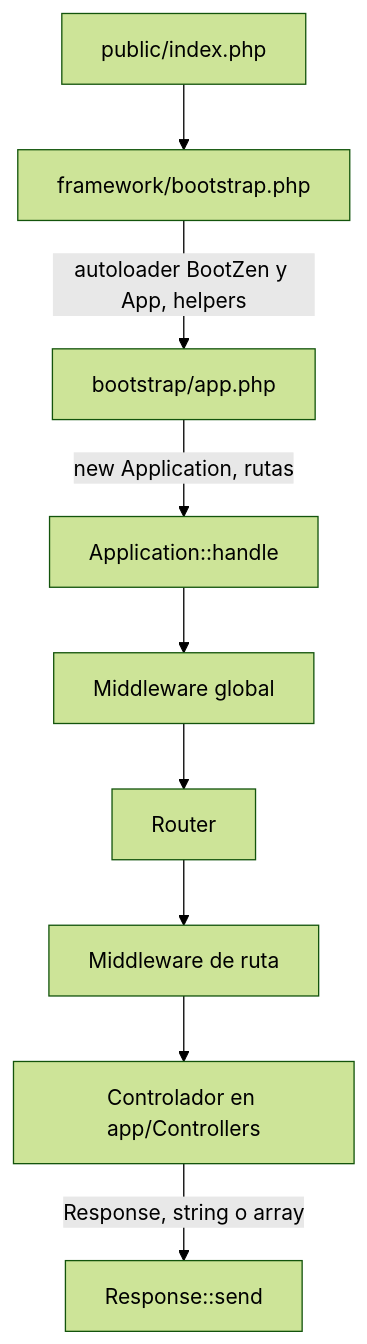
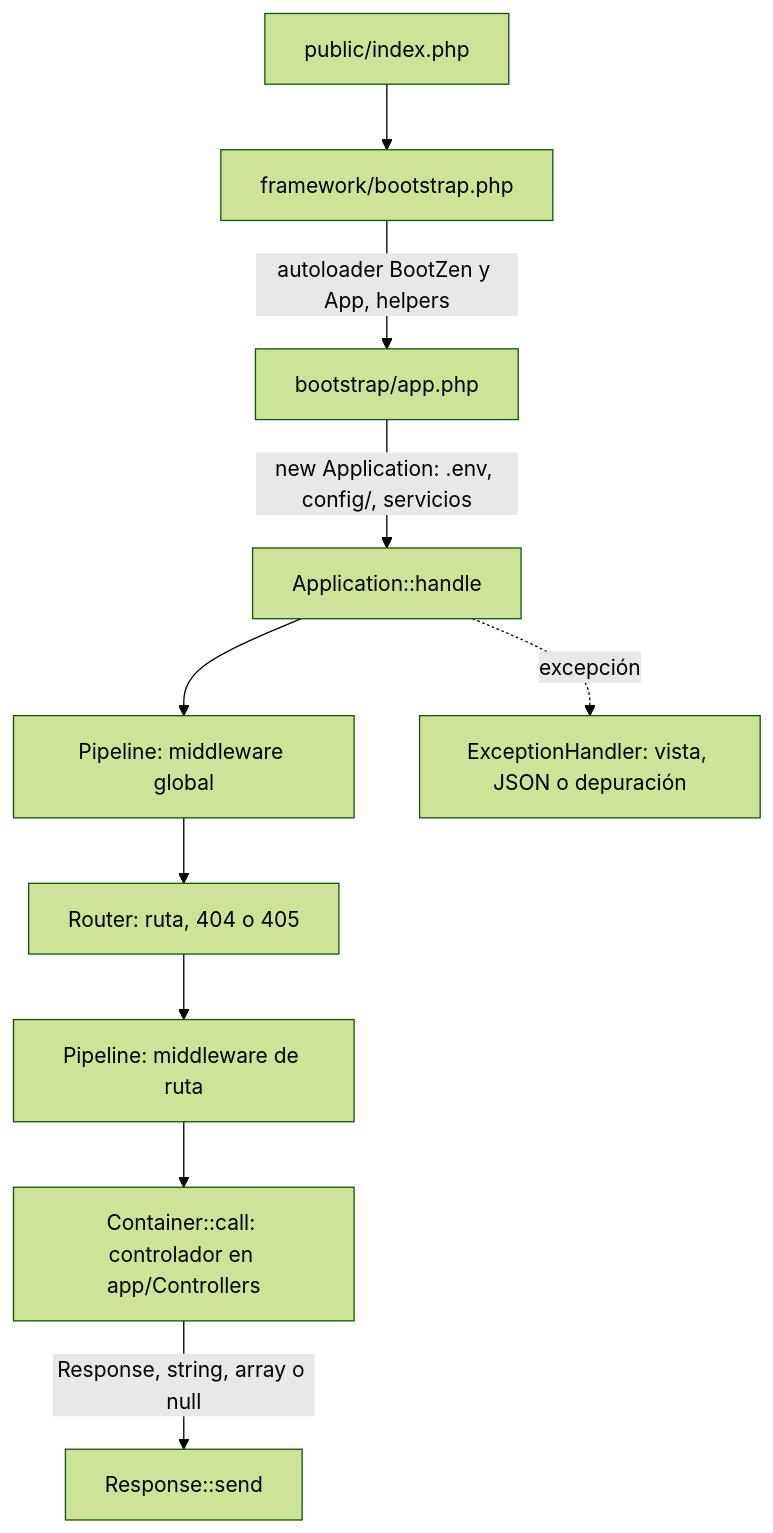
One commit to lgzarturo/bootzen changed the diagram in docs/ARQUITECTURA.md. Above: the diagram before and after it, drawn with Mermaid (forest theme). The commit also changed other lines of this file and 4 other files, not shown here.

````diff
--- a/docs/ARQUITECTURA.md
+++ b/docs/ARQUITECTURA.md
@@ -18,11 +18,12 @@
 ```mermaid
 graph TD
   A[public/index.php] --> B[framework/bootstrap.php]
   B -->|autoloader BootZen y App, helpers| C[bootstrap/app.php]
-  C -->|new Application, rutas| D[Application::handle]
-  D --> E[Middleware global]
-  E --> F[Router]
-  F --> G[Middleware de ruta]
-  G --> H[Controlador en app/Controllers]
-  H -->|Response, string o array| I[Response::send]
+  C -->|new Application: .env, config/, servicios| D[Application::handle]
+  D --> E[Pipeline: middleware global]
+  E --> F[Router: ruta, 404 o 405]
+  F --> G[Pipeline: middleware de ruta]
+  G --> H[Container::call: controlador en app/Controllers]
+  H -->|Response, string, array o null| I[Response::send]
+  D -.->|excepción| J[ExceptionHandler: vista, JSON o depuración]
 ```
````
